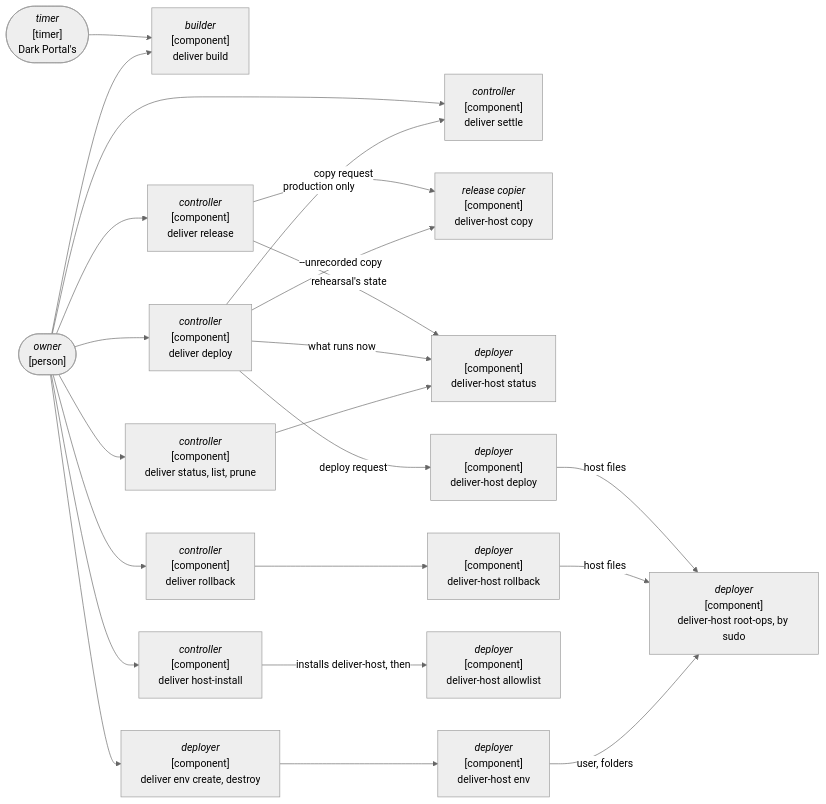
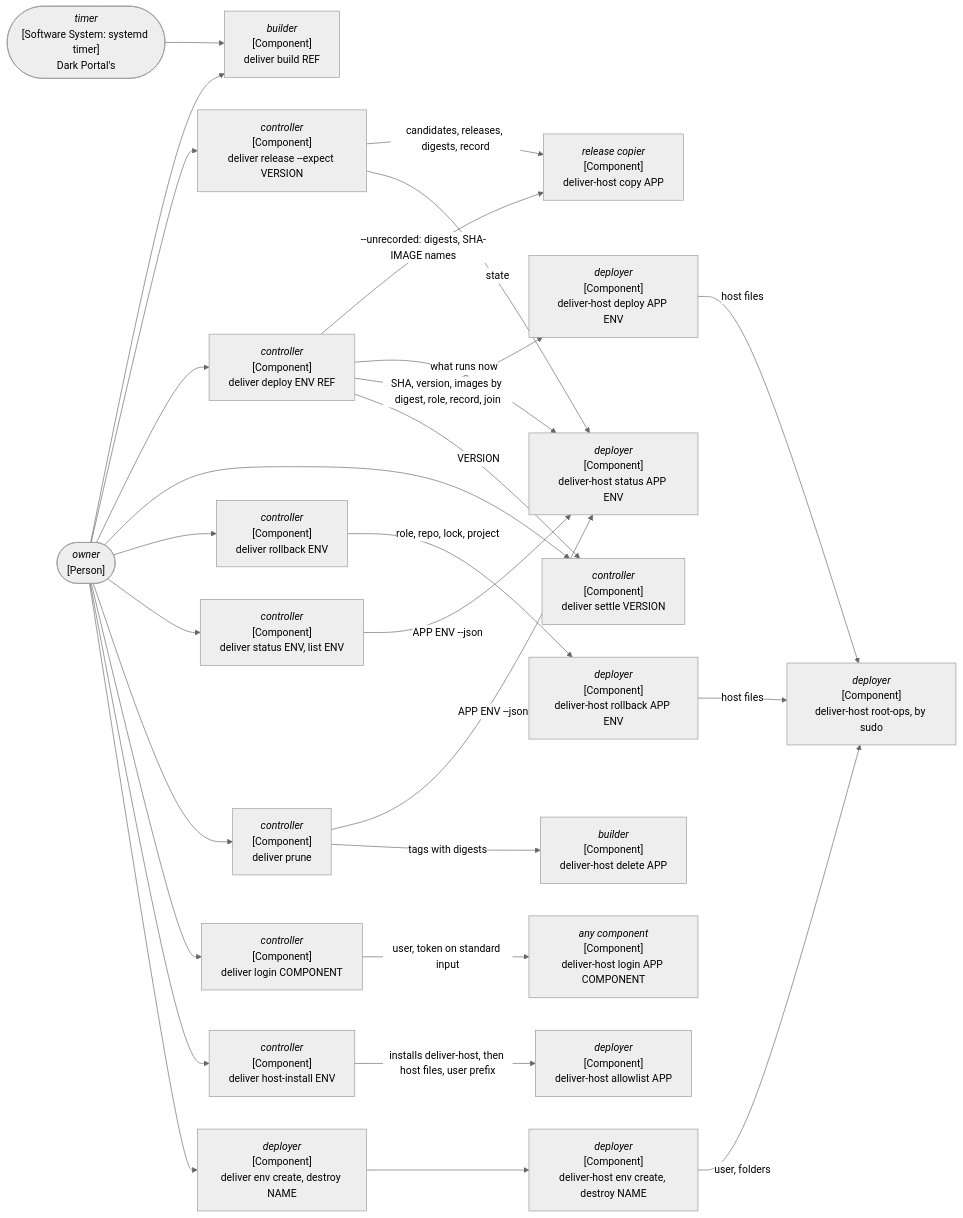
One commit to delphside/programme changed the second of 5 diagrams in records/2.5-changes/programme-tooling/117-generic-deliver-tool/design.md. Above: the diagram before and after it, drawn with Mermaid (neutral theme). The commit also changed other lines of this file and 12 other files, not shown here.

First line of the commit message:
Change 117: each component has its own registry login

````diff
--- a/records/2.5-changes/programme-tooling/117-generic-deliver-tool/design.md
+++ b/records/2.5-changes/programme-tooling/117-generic-deliver-tool/design.md
@@ -95,42 +117,51 @@
 ```mermaid
 flowchart LR
-  OWN(["<i>owner</i><br>[person]"])
-  TIMER(["<i>timer</i><br>[timer]<br>Dark Portal's"])
-  BUILD["<i>builder</i><br>[component]<br>deliver build"]
-  REL["<i>controller</i><br>[component]<br>deliver release"]
-  DEP["<i>controller</i><br>[component]<br>deliver deploy"]
-  SET["<i>controller</i><br>[component]<br>deliver settle"]
-  RB["<i>controller</i><br>[component]<br>deliver rollback"]
-  READ["<i>controller</i><br>[component]<br>deliver status, list, prune"]
-  HI["<i>controller</i><br>[component]<br>deliver host-install"]
-  ENV["<i>deployer</i><br>[component]<br>deliver env create, destroy"]
-  COPY["<i>release copier</i><br>[component]<br>deliver-host copy"]
-  HST["<i>deployer</i><br>[component]<br>deliver-host status"]
-  HDEP["<i>deployer</i><br>[component]<br>deliver-host deploy"]
-  HRB["<i>deployer</i><br>[component]<br>deliver-host rollback"]
-  AL["<i>deployer</i><br>[component]<br>deliver-host allowlist"]
-  HENV["<i>deployer</i><br>[component]<br>deliver-host env"]
-  ROOT["<i>deployer</i><br>[component]<br>deliver-host root-ops, by sudo"]
+  OWN(["<i>owner</i><br>[Person]"])
+  TIMER(["<i>timer</i><br>[Software System: systemd timer]<br>Dark Portal's"])
+  BUILD["<i>builder</i><br>[Component]<br>deliver build REF"]
+  REL["<i>controller</i><br>[Component]<br>deliver release --expect VERSION"]
+  DEP["<i>controller</i><br>[Component]<br>deliver deploy ENV REF"]
+  SET["<i>controller</i><br>[Component]<br>deliver settle VERSION"]
+  RB["<i>controller</i><br>[Component]<br>deliver rollback ENV"]
+  READ["<i>controller</i><br>[Component]<br>deliver status ENV, list ENV"]
+  PR["<i>controller</i><br>[Component]<br>deliver prune"]
+  LG["<i>controller</i><br>[Component]<br>deliver login COMPONENT"]
+  HI["<i>controller</i><br>[Component]<br>deliver host-install ENV"]
+  ENV["<i>deployer</i><br>[Component]<br>deliver env create, destroy NAME"]
+  COPY["<i>release copier</i><br>[Component]<br>deliver-host copy APP"]
+  BDEL["<i>builder</i><br>[Component]<br>deliver-host delete APP"]
+  HLG["<i>any component</i><br>[Component]<br>deliver-host login APP COMPONENT"]
+  HST["<i>deployer</i><br>[Component]<br>deliver-host status APP ENV"]
+  HDEP["<i>deployer</i><br>[Component]<br>deliver-host deploy APP ENV"]
+  HRB["<i>deployer</i><br>[Component]<br>deliver-host rollback APP ENV"]
+  AL["<i>deployer</i><br>[Component]<br>deliver-host allowlist APP"]
+  HENV["<i>deployer</i><br>[Component]<br>deliver-host env create, destroy NAME"]
+  ROOT["<i>deployer</i><br>[Component]<br>deliver-host root-ops, by sudo"]
   TIMER --> BUILD
   OWN --> BUILD
   OWN --> REL
   OWN --> DEP
   OWN --> SET
   OWN --> RB
   OWN --> READ
+  OWN --> PR
+  OWN --> LG
   OWN --> HI
   OWN --> ENV
-  REL -->|"copy request"| COPY
-  DEP -->|"--unrecorded copy"| COPY
-  REL -->|"rehearsal's state"| HST
+  REL -->|"candidates, releases, digests, record"| COPY
+  DEP -->|"--unrecorded: digests, SHA-IMAGE names"| COPY
+  REL -->|"state"| HST
   DEP -->|"what runs now"| HST
-  DEP -->|"deploy request"| HDEP
-  DEP -->|"production only"| SET
-  RB --> HRB
-  READ --> HST
-  HI -->|"installs deliver-host, then"| AL
+  DEP -->|"SHA, version, images by digest, role, record, join"| HDEP
+  DEP -->|"VERSION"| SET
+  RB -->|"role, repo, lock, project"| HRB
+  READ -->|"APP ENV --json"| HST
+  PR -->|"APP ENV --json"| HST
+  PR -->|"tags with digests"| BDEL
+  LG -->|"user, token on standard input"| HLG
+  HI -->|"installs deliver-host, then host files, user prefix"| AL
   ENV --> HENV
   HDEP -->|"host files"| ROOT
   HRB -->|"host files"| ROOT
   HENV -->|"user, folders"| ROOT
 ```
````
